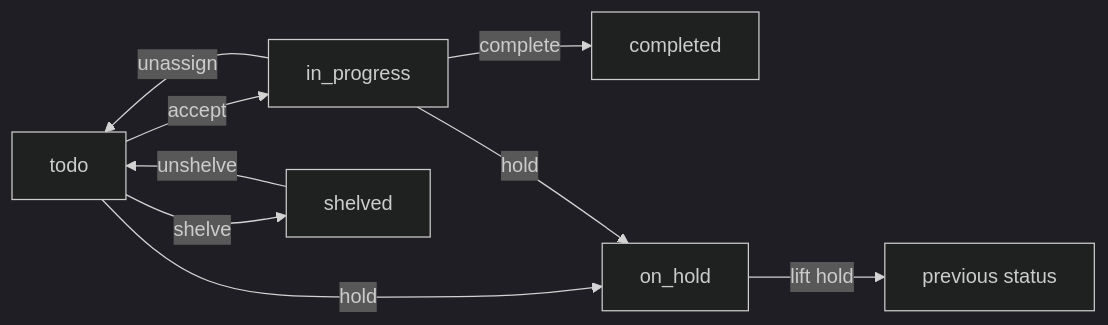
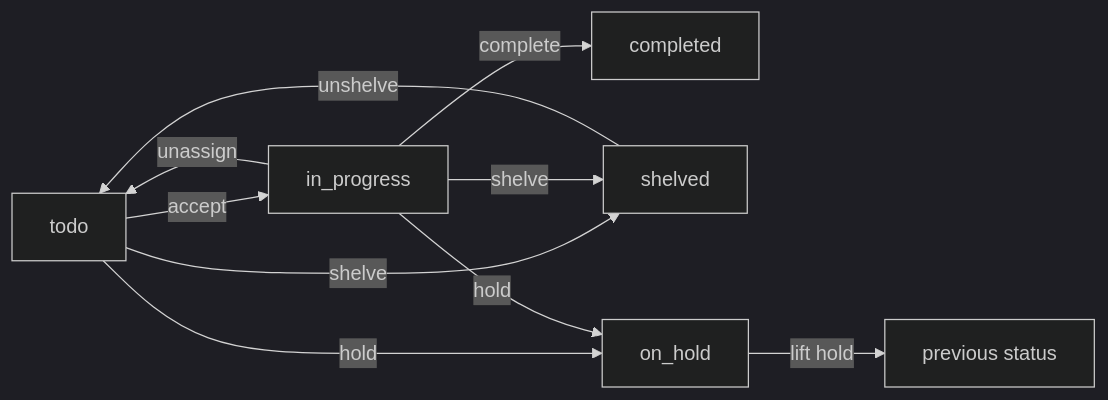
The diagram in lore/docs/3-work/1-quests.md (alepha-dev/alepha), drawn with Mermaid (dark theme) before and after one commit. The commit also changed other lines of this file and 14 other files, not shown here.

````diff
--- a/lore/docs/3-work/1-quests.md
+++ b/lore/docs/3-work/1-quests.md
@@ -119,11 +119,12 @@
 ```mermaid
 flowchart LR
   todo -->|accept| in_progress
   in_progress -->|complete| completed
   in_progress -->|unassign| todo
   todo -->|shelve| shelved
+  in_progress -->|shelve| shelved
   shelved -->|unshelve| todo
   todo -->|hold| on_hold
   in_progress -->|hold| on_hold
   on_hold -->|lift hold| back[previous status]
 ```
````
